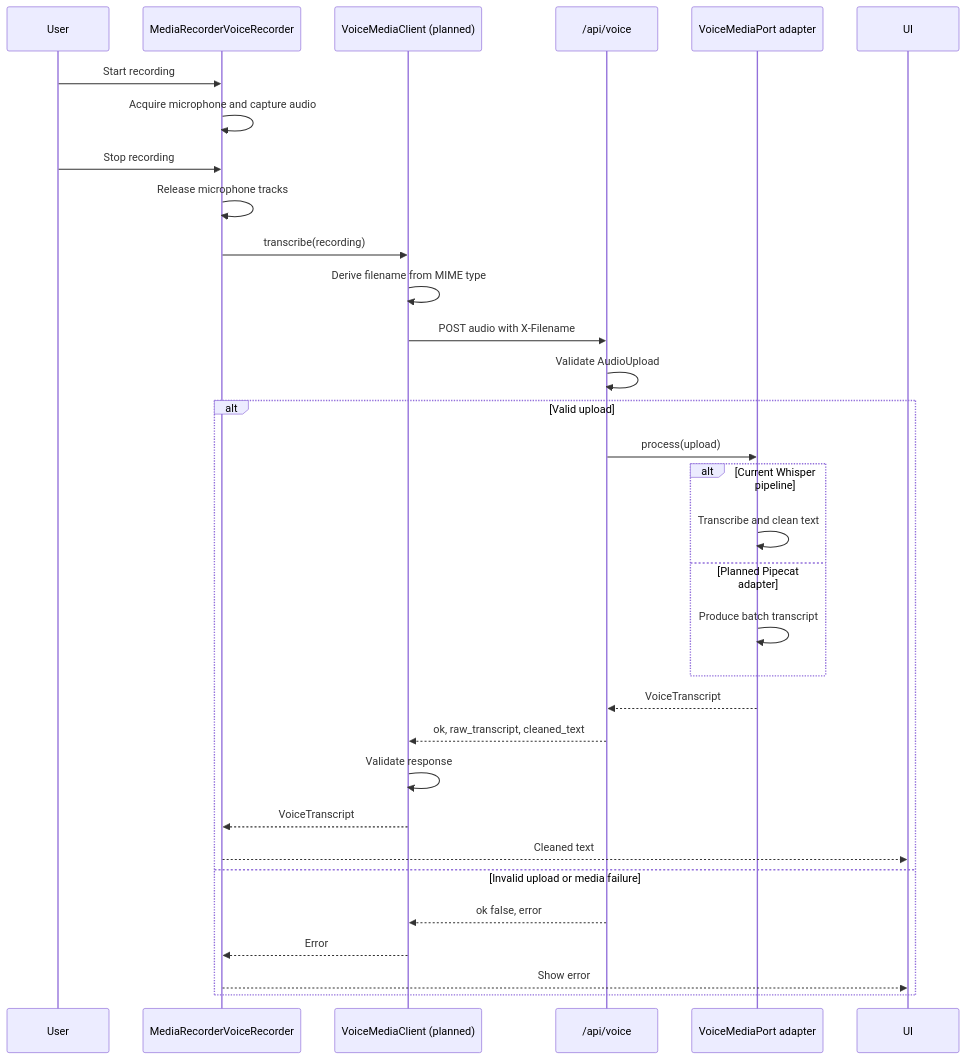
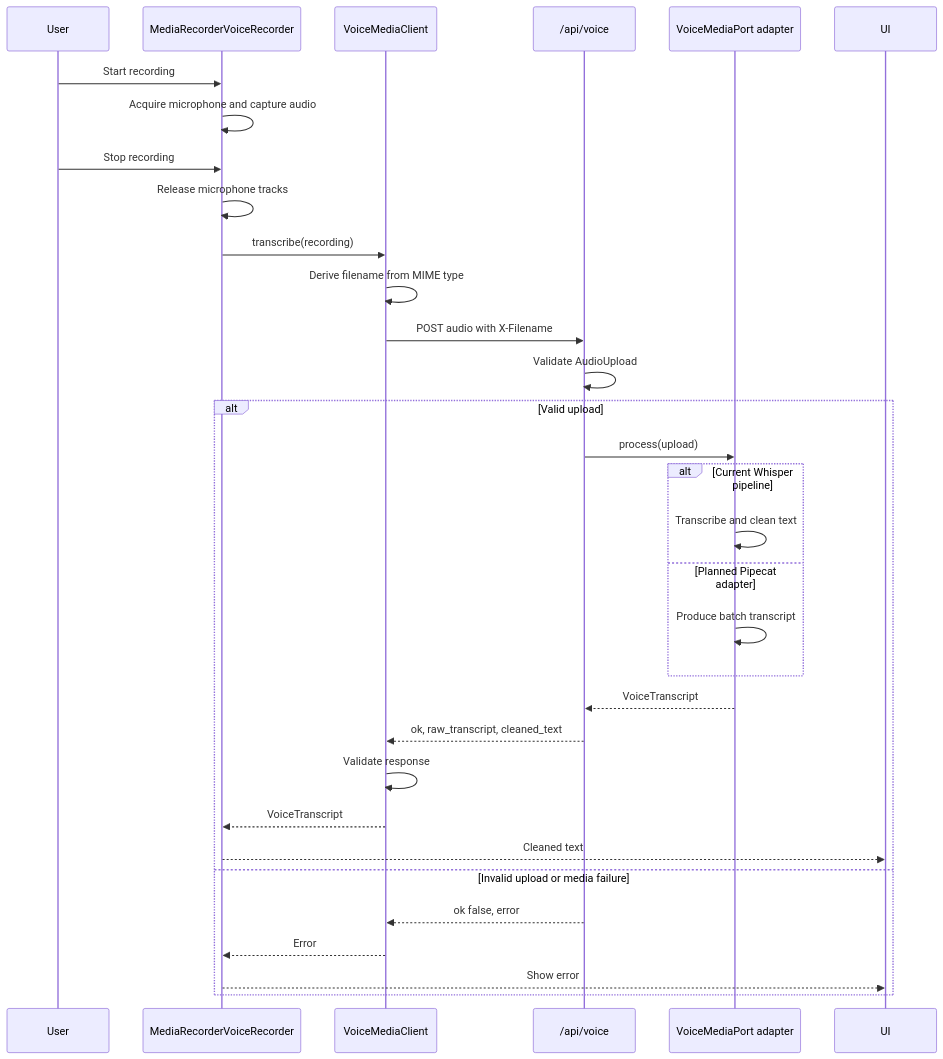
Before and after one commit to EGAdams/letta-code: the diagram in dashboard/js/abstract/voice_media/diagrams/mermaid_sequence/voice-media-upload.md, drawn with Mermaid. The commit also changed other lines of this file and 18 other files, not shown here.

Commit message:
feat: route voice capture through typed media client

````diff
--- a/dashboard/js/abstract/voice_media/diagrams/mermaid_sequence/voice-media-upload.md
+++ b/dashboard/js/abstract/voice_media/diagrams/mermaid_sequence/voice-media-upload.md
@@ -7,35 +7,35 @@
 ```mermaid
 sequenceDiagram
   participant User
   participant Recorder as MediaRecorderVoiceRecorder
-  participant Client as VoiceMediaClient (planned)
+  participant Client as VoiceMediaClient
   participant API as /api/voice
   participant Media as VoiceMediaPort adapter
   participant UI
 
   User->>Recorder: Start recording
   Recorder->>Recorder: Acquire microphone and capture audio
   User->>Recorder: Stop recording
   Recorder->>Recorder: Release microphone tracks
   Recorder->>Client: transcribe(recording)
   Client->>Client: Derive filename from MIME type
   Client->>API: POST audio with X-Filename
   API->>API: Validate AudioUpload
   alt Valid upload
     API->>Media: process(upload)
     alt Current Whisper pipeline
       Media->>Media: Transcribe and clean text
     else Planned Pipecat adapter
       Media->>Media: Produce batch transcript
     end
     Media-->>API: VoiceTranscript
     API-->>Client: ok, raw_transcript, cleaned_text
     Client->>Client: Validate response
     Client-->>Recorder: VoiceTranscript
     Recorder-->>UI: Cleaned text
   else Invalid upload or media failure
     API-->>Client: ok false, error
     Client-->>Recorder: Error
     Recorder-->>UI: Show error
   end
 ```
````
